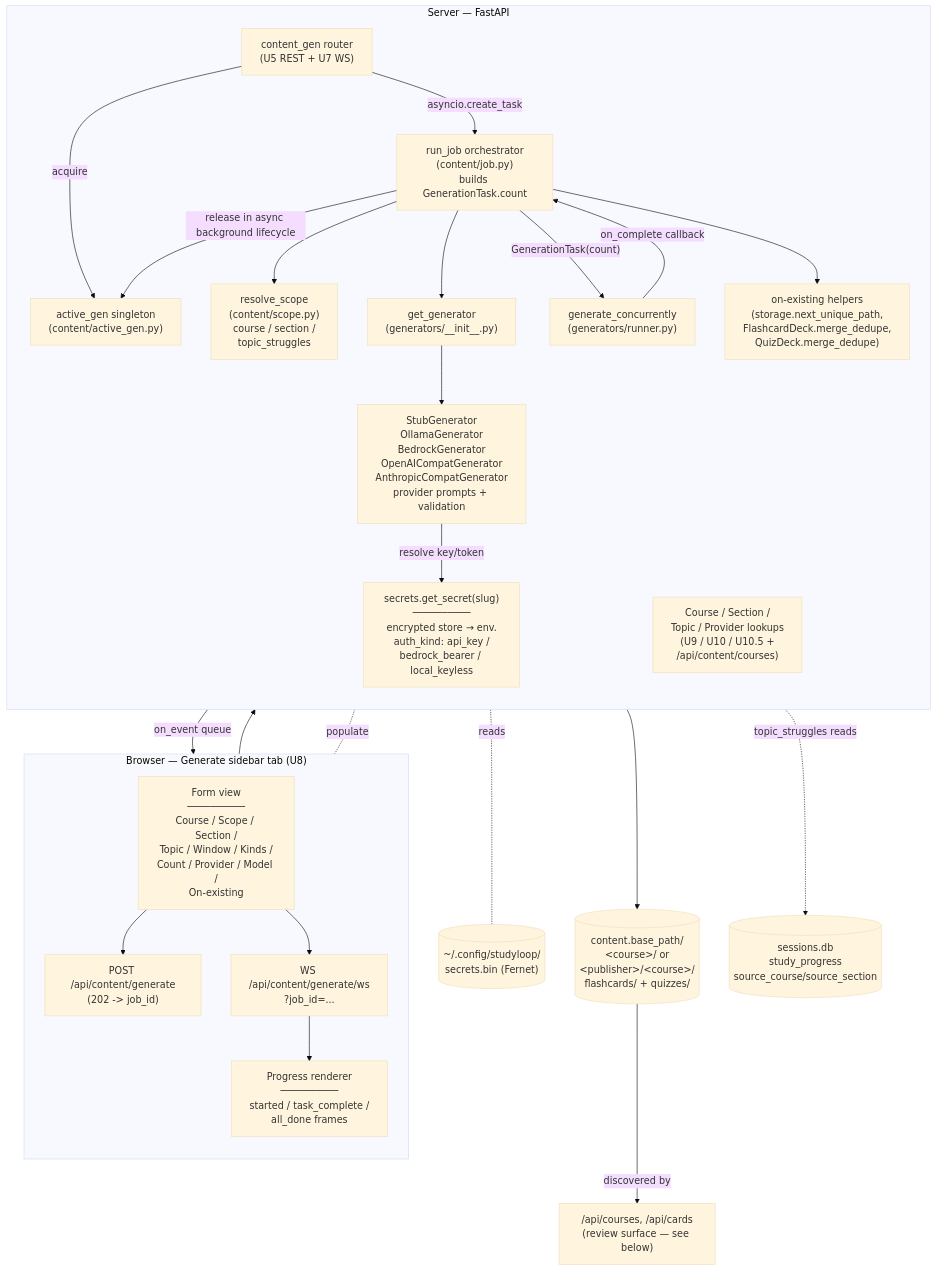
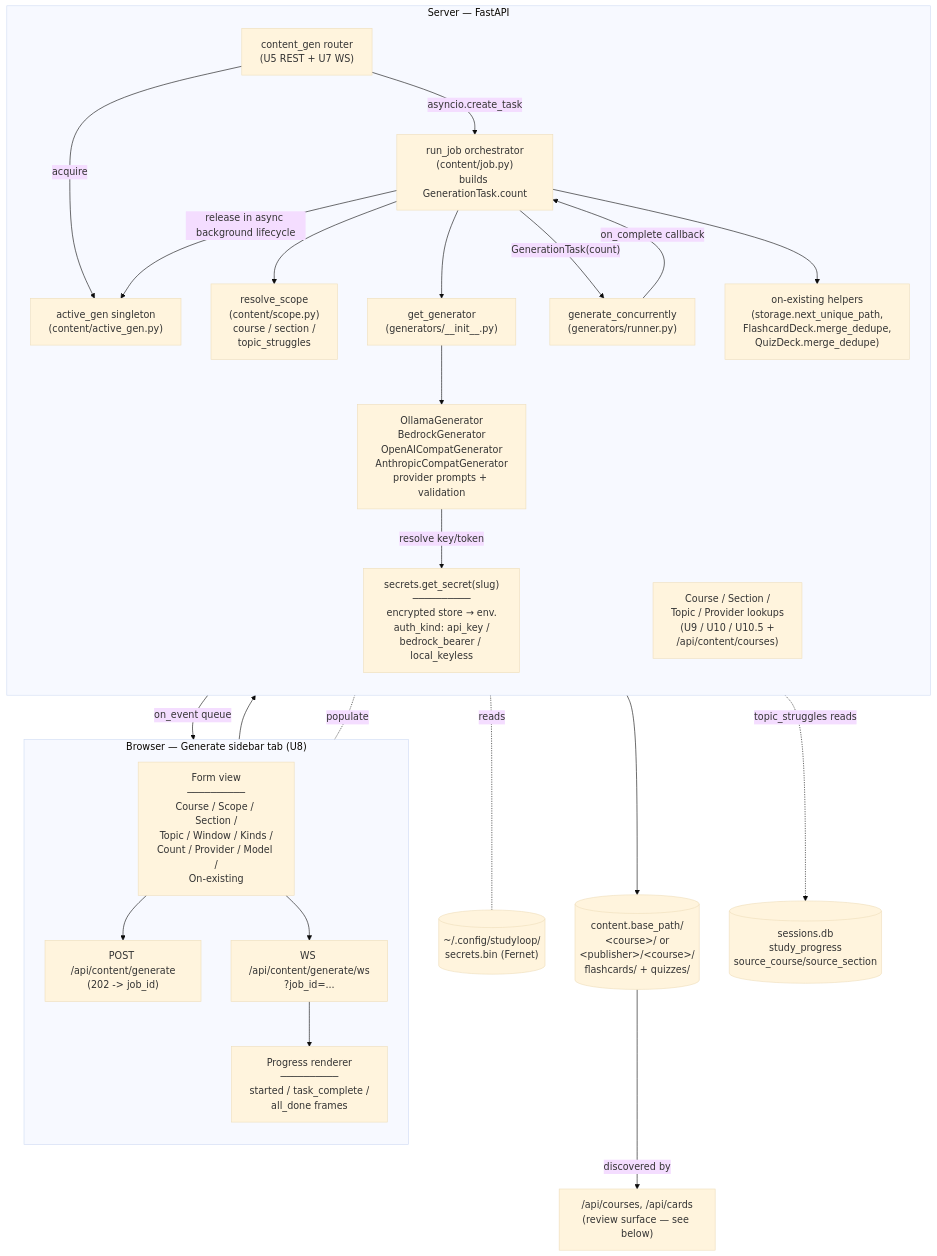
Before and after one commit to NetDevAutomate/StudyLoop: the eighth of 13 diagrams in docs/architecture/current.md, drawn with Mermaid (base theme). The commit also changed other lines of this file and 12 other files, not shown here.

First line of the commit message:
docs(architecture): fix stale file maps, Stub backend, and version-independent policy text

````diff
--- a/docs/architecture/current.md
+++ b/docs/architecture/current.md
@@ -498,51 +498,51 @@
 ```mermaid
 flowchart TB
     subgraph Browser["Browser — Generate sidebar tab (U8)"]
       direction TB
       Form["Form view<br/>──────────<br/>Course / Scope / Section /<br/>Topic / Window / Kinds /<br/>Count / Provider / Model /<br/>On-existing"]
       RestCall["POST /api/content/generate<br/>(202 -> job_id)"]
       WsOpen["WS /api/content/generate/ws<br/>?job_id=..."]
       ProgressUI["Progress renderer<br/>──────────<br/>started / task_complete /<br/>all_done frames"]
     end
 
     subgraph Backend["Server — FastAPI"]
       direction TB
       Routes["content_gen router<br/>(U5 REST + U7 WS)"]
       Discover["Course / Section /<br/>Topic / Provider lookups<br/>(U9 / U10 / U10.5 +<br/>/api/content/courses)"]
       Single["active_gen singleton<br/>(content/active_gen.py)"]
       Job["run_job orchestrator<br/>(content/job.py)<br/>builds GenerationTask.count"]
       Scope["resolve_scope<br/>(content/scope.py)<br/>course / section /<br/>topic_struggles"]
       Runner["generate_concurrently<br/>(generators/runner.py)"]
       Factory["get_generator<br/>(generators/__init__.py)"]
-      Adapters["StubGenerator<br/>OllamaGenerator<br/>BedrockGenerator<br/>OpenAICompatGenerator<br/>AnthropicCompatGenerator<br/>provider prompts + validation"]
+      Adapters["OllamaGenerator<br/>BedrockGenerator<br/>OpenAICompatGenerator<br/>AnthropicCompatGenerator<br/>provider prompts + validation"]
       Secrets["secrets.get_secret(slug)<br/>──────────<br/>encrypted store → env.<br/>auth_kind: api_key /<br/>bedrock_bearer / local_keyless"]
       Helpers["on-existing helpers<br/>(storage.next_unique_path,<br/>FlashcardDeck.merge_dedupe,<br/>QuizDeck.merge_dedupe)"]
     end
 
     Store[("~/.config/studyloop/<br/>secrets.bin (Fernet)")]
     Disk[("content.base_path/<br/>&lt;course&gt;/ or<br/>&lt;publisher&gt;/&lt;course&gt;/<br/>flashcards/ + quizzes/")]
     Reviewer["/api/courses, /api/cards<br/>(review surface — see below)"]
 
     Form --> RestCall --> Routes
     Form --> WsOpen
     Routes -->|acquire| Single
     Routes -->|"asyncio.create_task"| Job
     Routes -->|on_event queue| WsOpen
     WsOpen --> ProgressUI
 
     Form -.populate.- Discover
 
     Job --> Scope
     Job --> Factory
     Factory --> Adapters
     Adapters -->|"resolve key/token"| Secrets
     Secrets -.reads.- Store
     Scope -.->|"topic_struggles reads"| StudyProgress[("sessions.db<br/>study_progress<br/>source_course/source_section")]
     Job -->|"GenerationTask(count)"| Runner
     Runner -->|"on_complete callback"| Job
     Job --> Helpers
     Helpers --> Disk
     Job -->|"release in async background lifecycle"| Single
 
     Disk -->|discovered by| Reviewer
 ```
````
